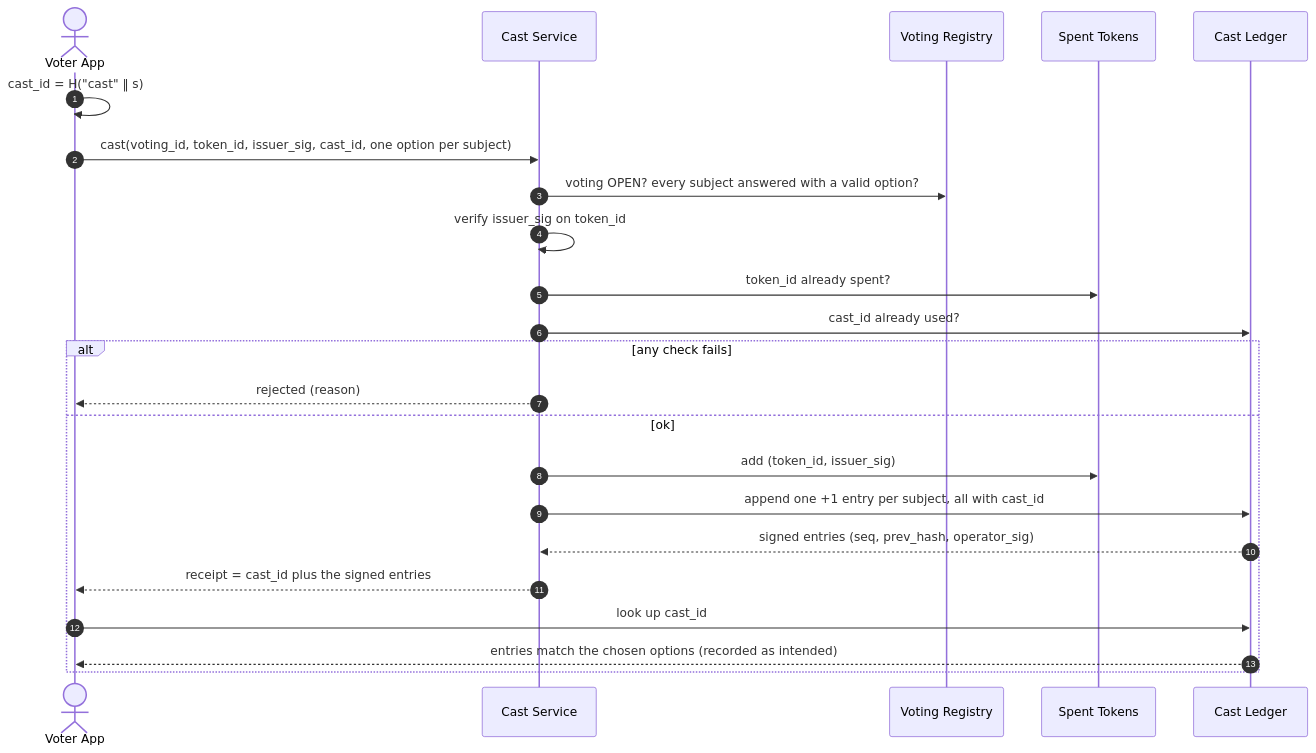
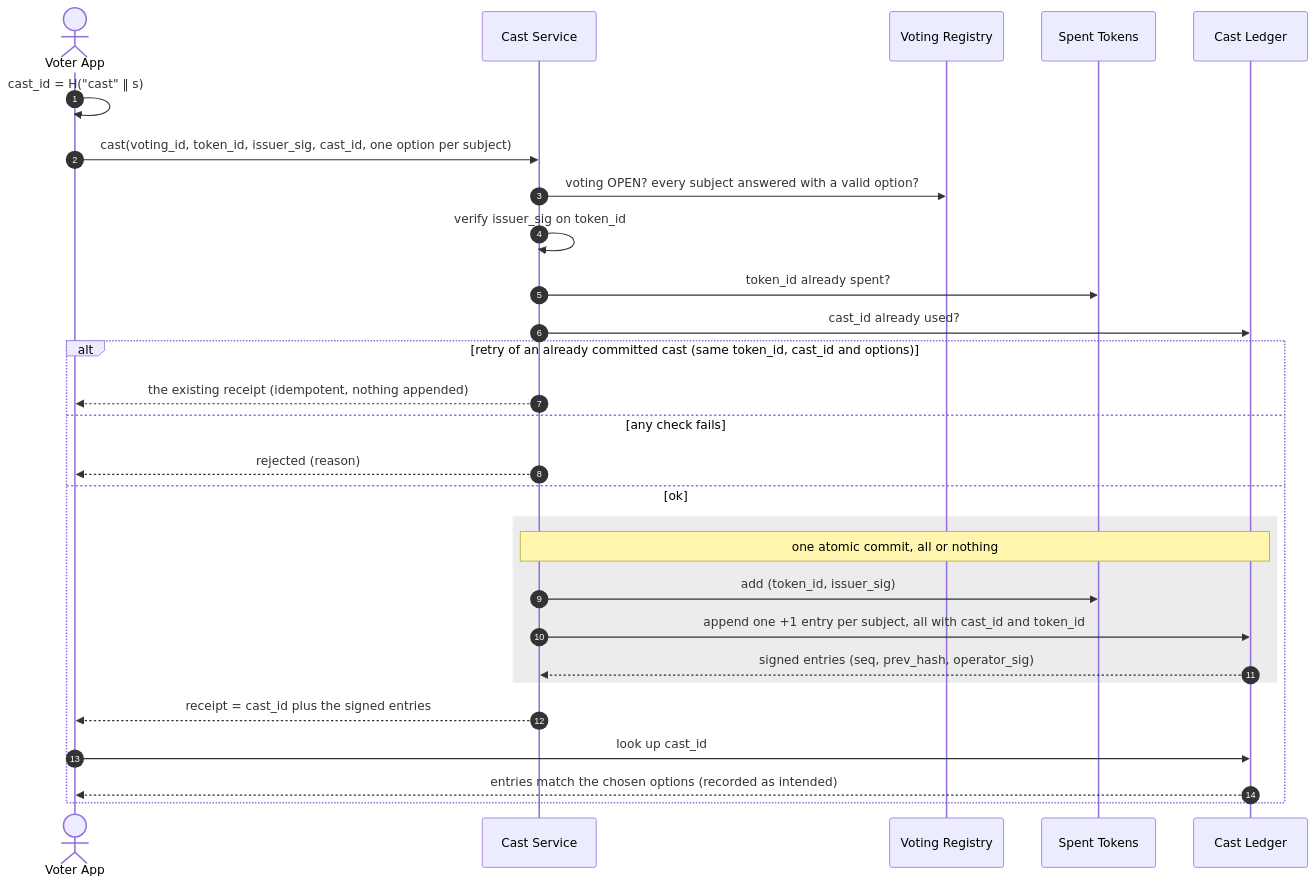
The third of 8 diagrams in docs/04-flows.md (s4ysolutions/e-voting-machine), drawn with Mermaid before and after one commit. The commit also changed other lines of this file and 8 other files, not shown here.

````diff
--- a/docs/04-flows.md
+++ b/docs/04-flows.md
@@ -66,26 +72,31 @@
 ```mermaid
 sequenceDiagram
     autonumber
     actor V as Voter App
     participant CS as Cast Service
     participant VR as Voting Registry
     participant ST as Spent Tokens
     participant CL as Cast Ledger
 
     V->>V: cast_id = H("cast" ‖ s)
     V->>CS: cast(voting_id, token_id, issuer_sig, cast_id, one option per subject)
     CS->>VR: voting OPEN? every subject answered with a valid option?
     CS->>CS: verify issuer_sig on token_id
     CS->>ST: token_id already spent?
     CS->>CL: cast_id already used?
-    alt any check fails
+    alt retry of an already committed cast (same token_id, cast_id and options)
+        CS-->>V: the existing receipt (idempotent, nothing appended)
+    else any check fails
         CS-->>V: rejected (reason)
     else ok
-        CS->>ST: add (token_id, issuer_sig)
-        CS->>CL: append one +1 entry per subject, all with cast_id
-        CL-->>CS: signed entries (seq, prev_hash, operator_sig)
+        rect rgba(127, 127, 127, 0.15)
+            Note over CS,CL: one atomic commit, all or nothing
+            CS->>ST: add (token_id, issuer_sig)
+            CS->>CL: append one +1 entry per subject, all with cast_id and token_id
+            CL-->>CS: signed entries (seq, prev_hash, operator_sig)
+        end
         CS-->>V: receipt = cast_id plus the signed entries
         V->>CL: look up cast_id
         CL-->>V: entries match the chosen options (recorded as intended)
     end
 ```
````
